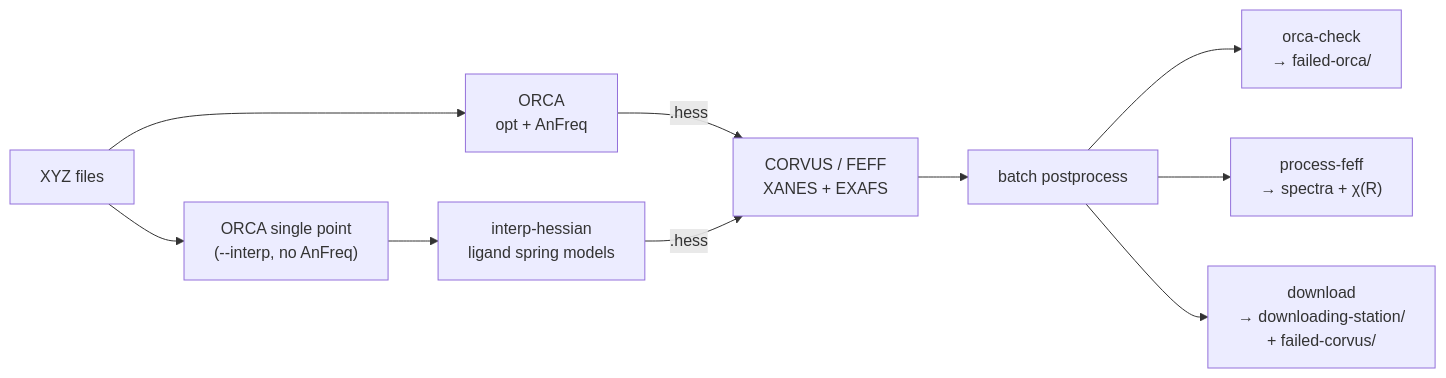
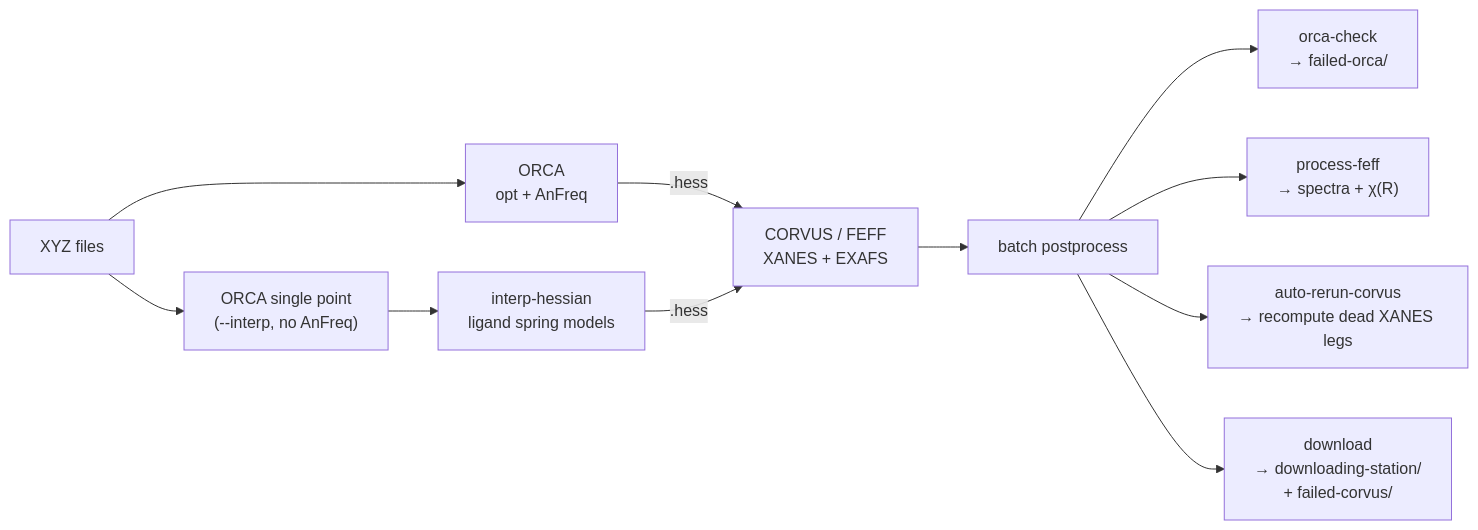
The diagram in README.md (stetef/xas-pipeline), drawn with Mermaid before and after one commit. The commit also changed other lines of this file and 16 other files, not shown here.

````diff
--- a/README.md
+++ b/README.md
@@ -23,12 +23,13 @@
 ```mermaid
 flowchart LR
     XYZ["XYZ files"] --> ORCA["ORCA<br/>opt + AnFreq"]
     XYZ --> INTERP["ORCA single point<br/>(--interp, no AnFreq)"]
     ORCA -->|".hess"| CORVUS["CORVUS / FEFF<br/>XANES + EXAFS"]
     INTERP --> SPRING["interp-hessian<br/>ligand spring models"]
     SPRING -->|".hess"| CORVUS
     CORVUS --> POST["batch postprocess"]
     POST --> A["orca-check<br/>→ failed-orca/"]
     POST --> B["process-feff<br/>→ spectra + χ(R)"]
+    POST --> D["auto-rerun-corvus<br/>→ recompute dead XANES legs"]
     POST --> C["download<br/>→ downloading-station/<br/>+ failed-corvus/"]
 ```
````
